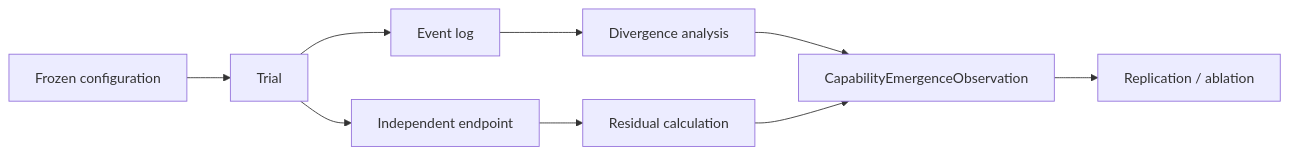
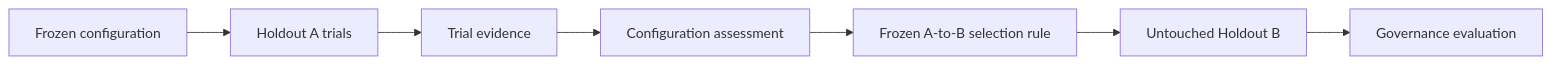
The diagram in docs/research/CAPABILITY_EMERGENCE_OBSERVATION.md (dauffrey/cohervia), drawn with Mermaid before and after one commit. The commit also changed other lines of this file, not shown here.

Commit message:
Separate trial and configuration evidence contracts

````diff
--- a/docs/research/CAPABILITY_EMERGENCE_OBSERVATION.md
+++ b/docs/research/CAPABILITY_EMERGENCE_OBSERVATION.md
@@ -60,11 +92,9 @@
 ```mermaid
 flowchart LR
-    C[Frozen configuration] --> T[Trial]
-    T --> E[Event log]
-    T --> O[Independent endpoint]
-    E --> D[Divergence analysis]
-    O --> R[Residual calculation]
-    D --> CEO[CapabilityEmergenceObservation]
-    R --> CEO
-    CEO --> REP[Replication / ablation]
+    C[Frozen configuration] --> A[Holdout A trials]
+    A --> TE[Trial evidence]
+    TE --> CA[Configuration assessment]
+    CA --> SEL[Frozen A-to-B selection rule]
+    SEL --> B[Untouched Holdout B]
+    B --> GE[Governance evaluation]
 ```
````
